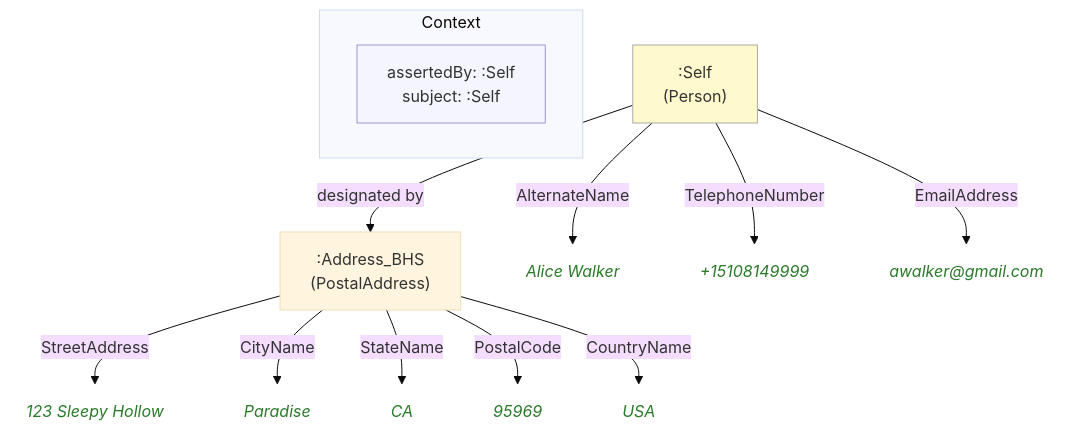
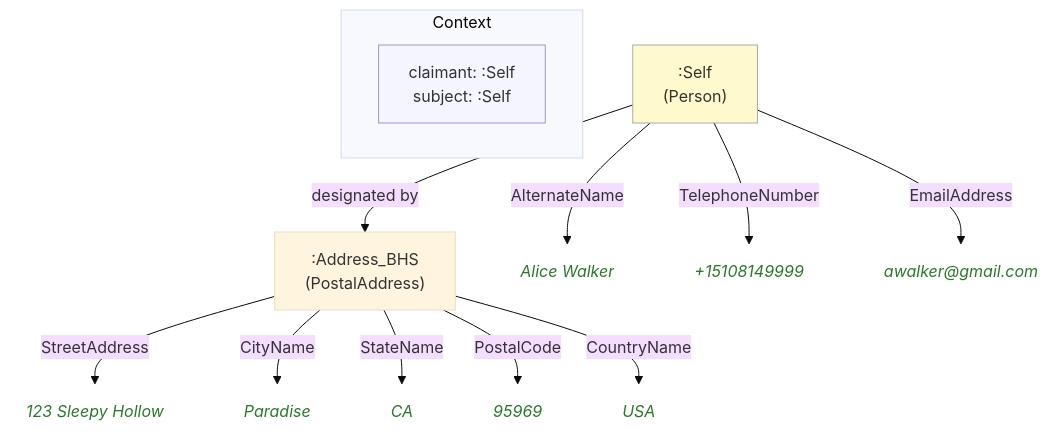
One commit to MeeFoundation/mia-ontologies changed the diagram in example/contexts/images/self.self(boston-hub-society)(affiliations)(14).mmd. Above: the diagram before and after it, drawn with Mermaid (base theme). The commit also changed 109 other files, not shown here.

First line of the commit message:
Rename context:assertedBy to context:claimant

```diff
--- a/example/contexts/images/self.self(boston-hub-society)(affiliations)(14).mmd
+++ b/example/contexts/images/self.self(boston-hub-society)(affiliations)(14).mmd
@@ -1,32 +1,32 @@
 flowchart TD
     classDef person fill:#fffacd,stroke:#aaa,color:#333
     classDef grp    fill:#d4edda,stroke:#aaa,color:#333
     classDef org    fill:#cce5ff,stroke:#aaa,color:#333
     classDef lit    fill:none,stroke:none,font-style:italic,color:#2a7a2a
     classDef meta   fill:#f5f5ff,stroke:#9999cc,color:#333
 
     subgraph ctx["Context"]
         direction LR
-        ctx_meta["assertedBy: :Self\nsubject: :Self"]:::meta
+        ctx_meta["claimant: :Self\nsubject: :Self"]:::meta
     end
 
     nbb363374209c[":Address_BHS\n(PostalAddress)"]
-    ne9ad46b2c3d1("123 Sleepy Hollow"):::lit
-    n508945d5e509("Paradise"):::lit
-    na0ba3280331c("CA"):::lit
-    nbdf945f97edb("95969"):::lit
-    na6311f20c0d2("USA"):::lit
+    n65df1a75b7bb("123 Sleepy Hollow"):::lit
+    n59c2366af0c9("Paradise"):::lit
+    nb577e58674be("CA"):::lit
+    n319ee832076b("95969"):::lit
+    n46fb9b4d7fa9("USA"):::lit
     ne0c3ba92f1db[":Self\n(Person)"]:::person
-    n72842834d6ee("Alice Walker"):::lit
-    n66f0ba9d903d("+15108149999"):::lit
-    nf85c6bc03485("awalker@gmail.com"):::lit
+    n7dcd59449d14("Alice Walker"):::lit
+    n4b596c34238b("+15108149999"):::lit
+    nfee93f60ff27("awalker@gmail.com"):::lit
 
-    nbb363374209c -->|"StreetAddress"| ne9ad46b2c3d1
-    nbb363374209c -->|"CityName"| n508945d5e509
-    nbb363374209c -->|"StateName"| na0ba3280331c
-    nbb363374209c -->|"PostalCode"| nbdf945f97edb
-    nbb363374209c -->|"CountryName"| na6311f20c0d2
-    ne0c3ba92f1db -->|"AlternateName"| n72842834d6ee
+    nbb363374209c -->|"StreetAddress"| n65df1a75b7bb
+    nbb363374209c -->|"CityName"| n59c2366af0c9
+    nbb363374209c -->|"StateName"| nb577e58674be
+    nbb363374209c -->|"PostalCode"| n319ee832076b
+    nbb363374209c -->|"CountryName"| n46fb9b4d7fa9
+    ne0c3ba92f1db -->|"AlternateName"| n7dcd59449d14
     ne0c3ba92f1db -->|"designated by"| nbb363374209c
-    ne0c3ba92f1db -->|"TelephoneNumber"| n66f0ba9d903d
-    ne0c3ba92f1db -->|"EmailAddress"| nf85c6bc03485
+    ne0c3ba92f1db -->|"TelephoneNumber"| n4b596c34238b
+    ne0c3ba92f1db -->|"EmailAddress"| nfee93f60ff27
```
